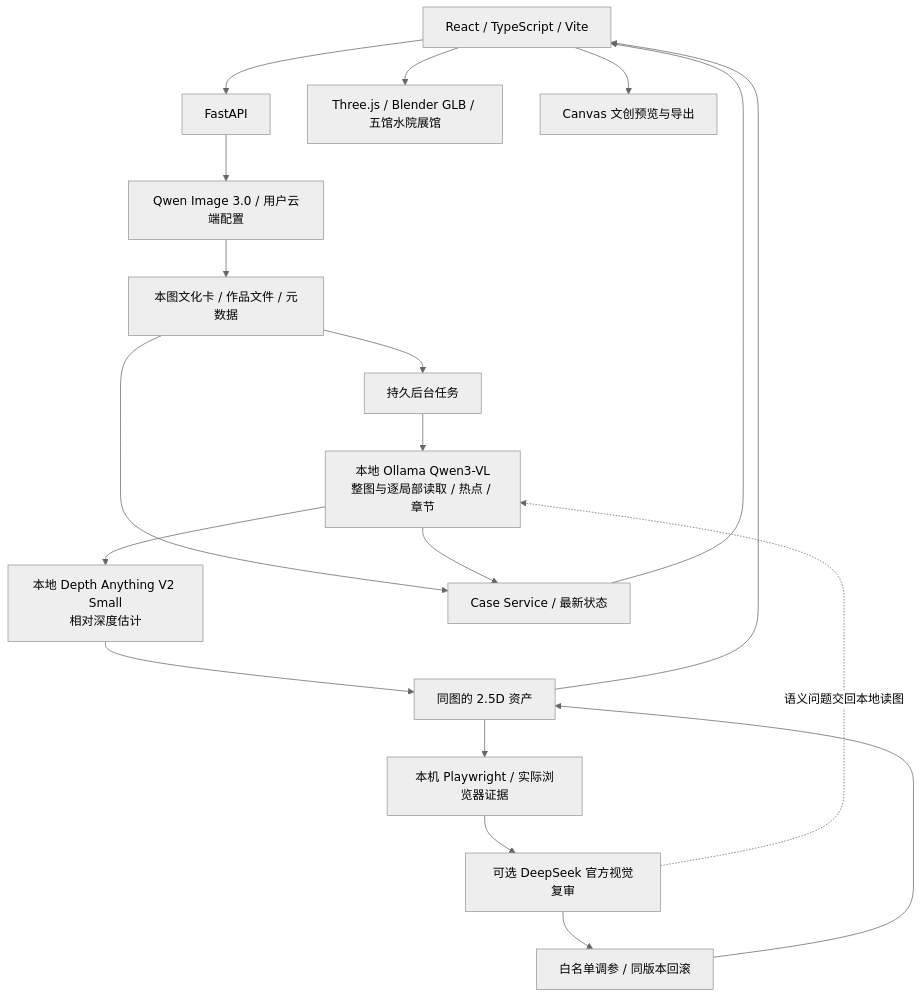
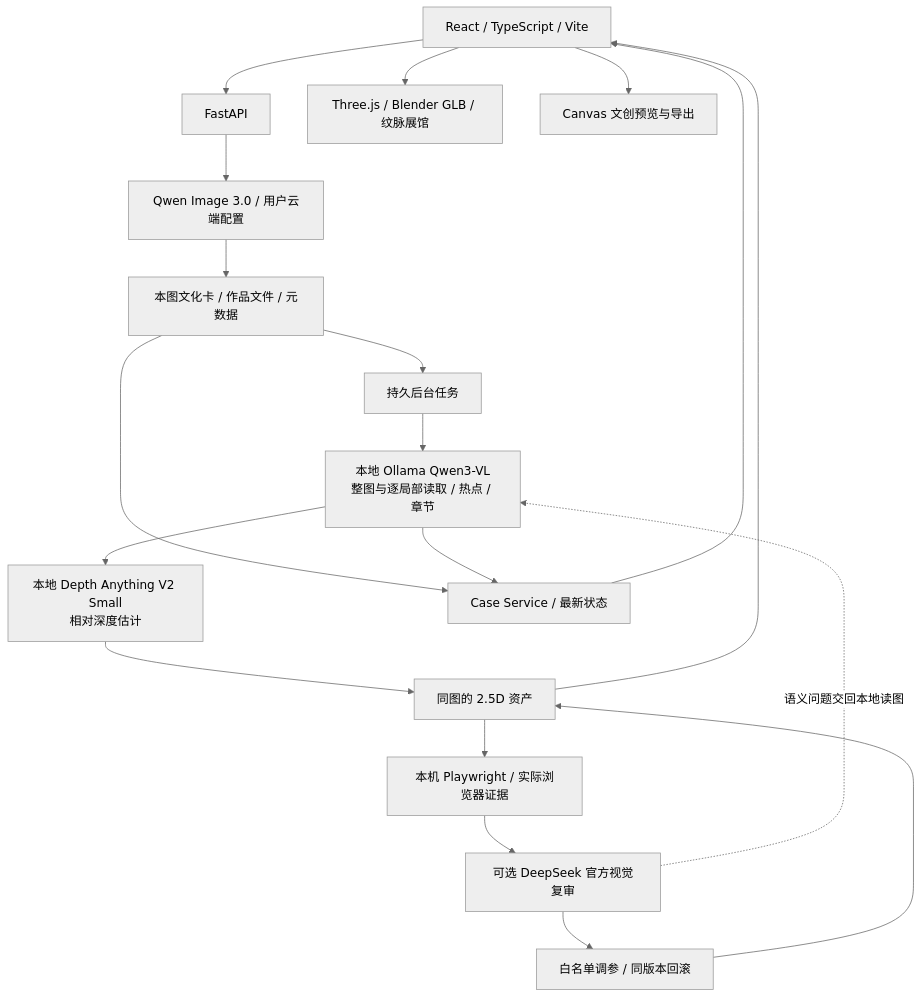
The second of 2 diagrams in README.md (3331083641-prog/wenmai-huazhang), drawn with Mermaid (neutral theme) before and after one commit. The commit also changed other lines of this file and 26 other files, not shown here.

````diff
--- a/README.md
+++ b/README.md
@@ -109,21 +109,21 @@
 ```mermaid
 flowchart TD
   UI[React / TypeScript / Vite] --> API[FastAPI]
   API --> GEN[Qwen Image 3.0 / 用户云端配置]
   GEN --> SAVE[本图文化卡 / 作品文件 / 元数据]
   SAVE --> JOB[持久后台任务]
   JOB --> VL[本地 Ollama Qwen3-VL<br/>整图与逐局部读取 / 热点 / 章节]
   VL --> DEPTH[本地 Depth Anything V2 Small<br/>相对深度估计]
   DEPTH --> WORLD[同图的 2.5D 资产]
   WORLD --> CAP[本机 Playwright / 实际浏览器证据]
   CAP --> REVIEW[可选 DeepSeek 官方视觉复审]
   REVIEW --> TUNE[白名单调参 / 同版本回滚]
   TUNE --> WORLD
   REVIEW -. 语义问题交回本地读图 .-> VL
   SAVE --> CASES[Case Service / 最新状态]
   VL --> CASES
   CASES --> UI
   WORLD --> UI
-  UI --> HALL[Three.js / Blender GLB / 五馆水院展馆]
+  UI --> HALL[Three.js / Blender GLB / 纹脉展馆]
   UI --> PNG[Canvas 文创预览与导出]
 ```
````
